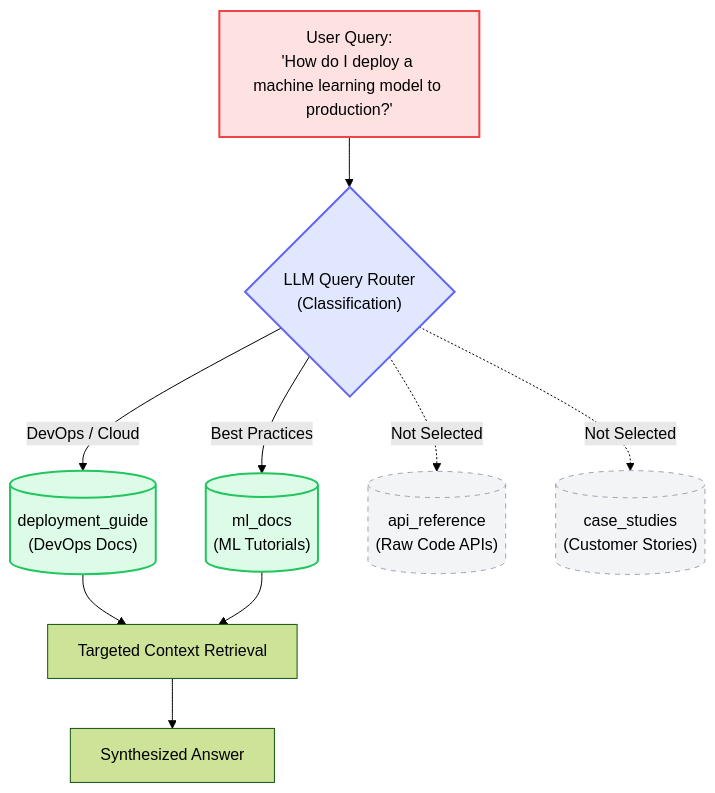
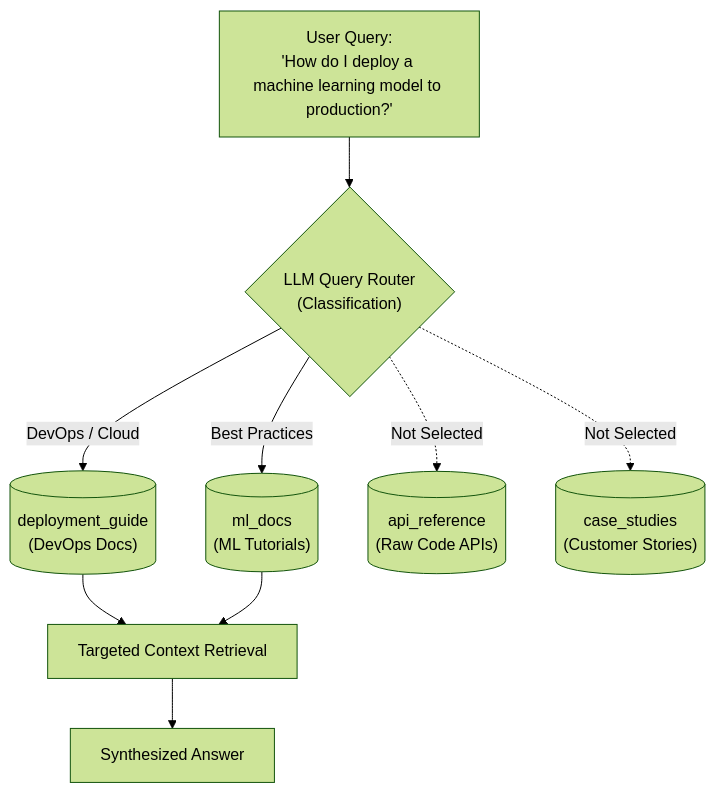
One commit to d-hackmt/query-transformations changed the diagram in docs/05_query_routing.md. Above: the diagram before and after it, drawn with Mermaid (forest theme). The commit also changed 9 other files, not shown here.

Commit message:
style: remove hardcoded colors from all mermaid diagrams for clean native theme rendering

````diff
--- a/docs/05_query_routing.md
+++ b/docs/05_query_routing.md
@@ -30,19 +30,13 @@
 ```mermaid
 flowchart TD
     UserQ["User Query:<br/>'How do I deploy a machine learning model to production?'"] --> Router{"LLM Query Router<br/>(Classification)"}
     
     Router -->|"DevOps / Cloud"| S1[("deployment_guide<br/>(DevOps Docs)")]
     Router -->|"Best Practices"| S2[("ml_docs<br/>(ML Tutorials)")]
     Router -.->|"Not Selected"| S3[("api_reference<br/>(Raw Code APIs)")]
     Router -.->|"Not Selected"| S4[("case_studies<br/>(Customer Stories)")]
     
     S1 & S2 --> Aggregator["Targeted Context Retrieval"]
     Aggregator --> LLM["Synthesized Answer"]
     
-    style UserQ fill:#fee2e2,stroke:#ef4444,stroke-width:2px
-    style Router fill:#e0e7ff,stroke:#6366f1,stroke-width:2px
-    style S1 fill:#dcfce7,stroke:#22c55e,stroke-width:2px
-    style S2 fill:#dcfce7,stroke:#22c55e,stroke-width:2px
-    style S3 fill:#f3f4f6,stroke:#9ca3af,stroke-dasharray: 5 5
-    style S4 fill:#f3f4f6,stroke:#9ca3af,stroke-dasharray: 5 5
 ```
````
